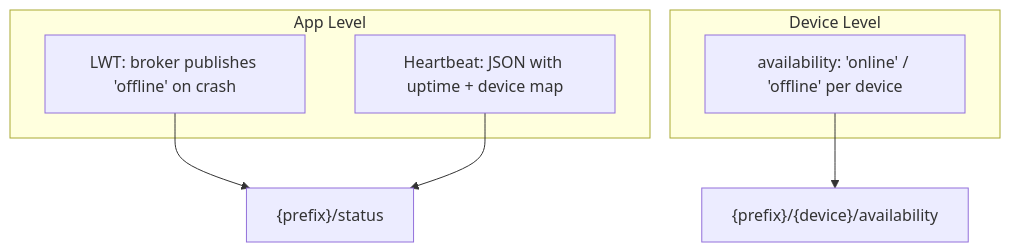
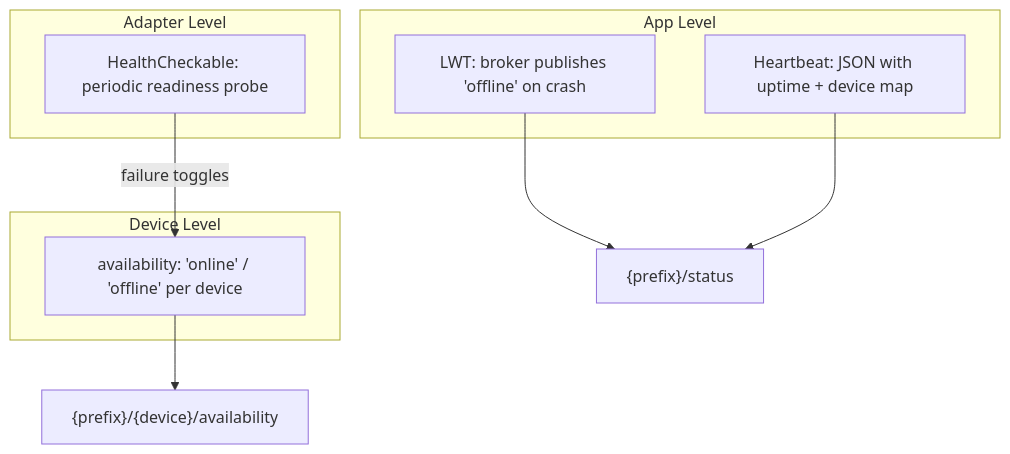
One commit to ff-fab/cosalette changed the first of 3 diagrams in docs/concepts/health-reporting.md. Above: the diagram before and after it, drawn with Mermaid. The commit also changed other lines of this file and 3 other files, not shown here.

First line of the commit message:
docs: add adapter health check docs to concept pages (#139)

````diff
--- a/docs/concepts/health-reporting.md
+++ b/docs/concepts/health-reporting.md
@@ -13,13 +13,17 @@
 ```mermaid
 graph TB
     subgraph "App Level"
         A["LWT: broker publishes 'offline' on crash"]
         B["Heartbeat: JSON with uptime + device map"]
     end
     subgraph "Device Level"
         C["availability: 'online' / 'offline' per device"]
     end
+    subgraph "Adapter Level"
+        E["HealthCheckable: periodic readiness probe"]
+    end
     A --> S["{prefix}/status"]
     B --> S
     C --> D["{prefix}/{device}/availability"]
+    E -->|"failure toggles"| C
 ```
````
